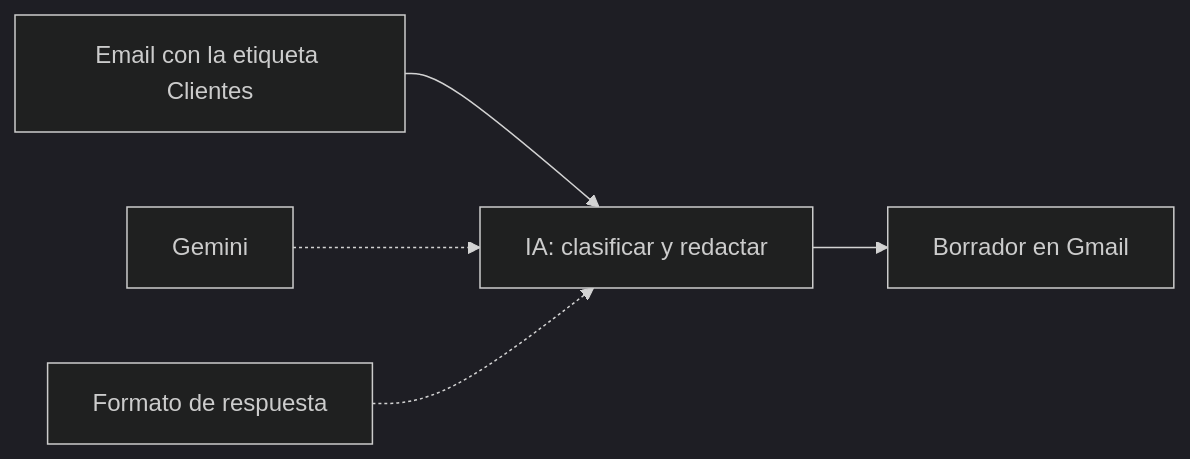
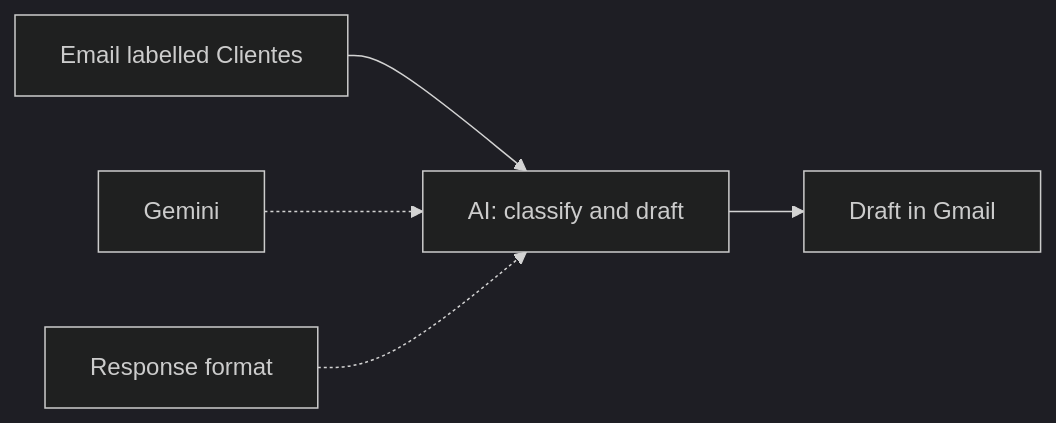
One commit to Kairuferrin/portfolio-automatizacion changed the diagram in 04-ia-atencion-cliente/README.md. Above: the diagram before and after it, drawn with Mermaid (dark theme). The commit also changed other lines of this file and 8 other files, not shown here.

````diff
--- a/04-ia-atencion-cliente/README.md
+++ b/04-ia-atencion-cliente/README.md
@@ -9,7 +9,7 @@
 ```mermaid
 flowchart LR
-    A[Email con la etiqueta Clientes] --> B[IA: clasificar y redactar]
+    A[Email labelled Clientes] --> B[AI: classify and draft]
     G[Gemini] -.-> B
-    P[Formato de respuesta] -.-> B
-    B --> C[Borrador en Gmail]
+    P[Response format] -.-> B
+    B --> C[Draft in Gmail]
 ```
````
